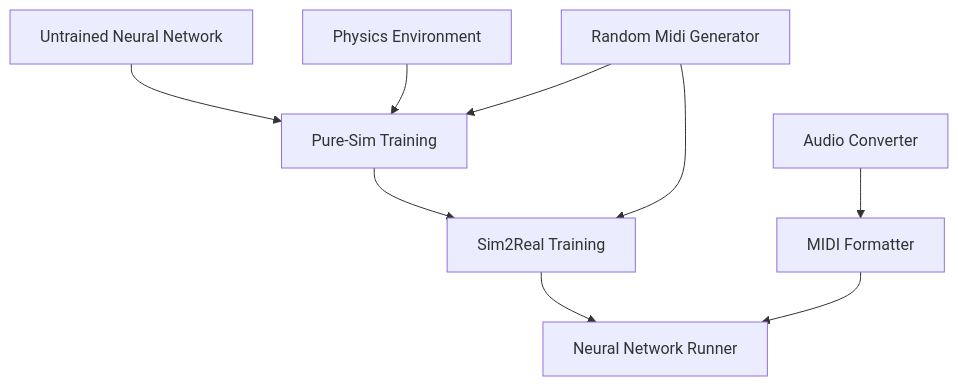
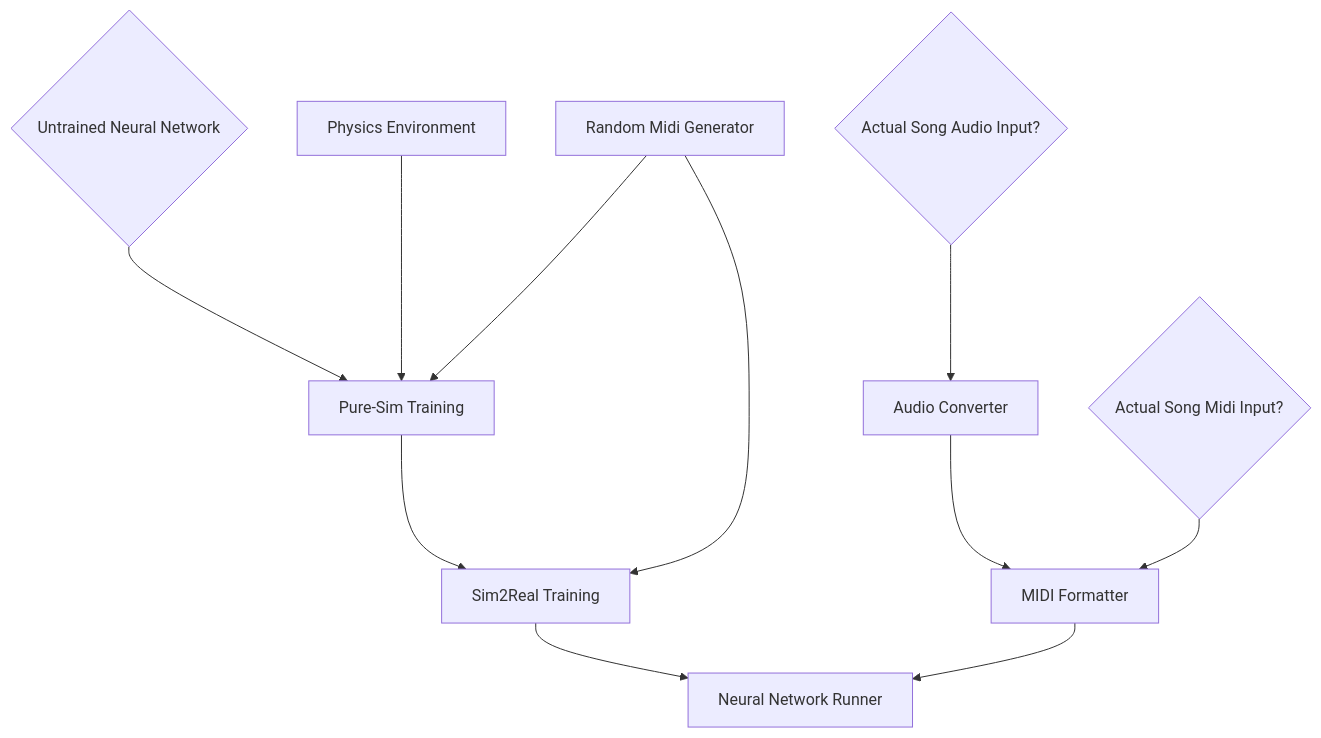
One commit to rice-robotics-club/hand-rl changed the diagram in docs/meeting-notes/091726.md. Above: the diagram before and after it, drawn with Mermaid.

Commit message:
diagram maxxing pt 2

````diff
--- a/docs/meeting-notes/091726.md
+++ b/docs/meeting-notes/091726.md
@@ -5,11 +5,13 @@
 ```mermaid
 graph TD
 Audio[Audio Converter] --> Midi[MIDI Formatter]
-Untrained[Untrained Neural Network] --> Pure[Pure-Sim Training]
+Untrained{Untrained Neural Network} --> Pure[Pure-Sim Training]
 Physics[Physics Environment] --> Pure
 Pure --> Sim2Real[Sim2Real Training]
 Sim2Real --> Neural[Neural Network Runner]
 Midi --> Neural
 Random[Random Midi Generator] --> Pure
 Random --> Sim2Real
+Actual{Actual Song Audio Input?} --> Audio
+ActualMidi{Actual Song Midi Input?} --> Midi
 ```
````
